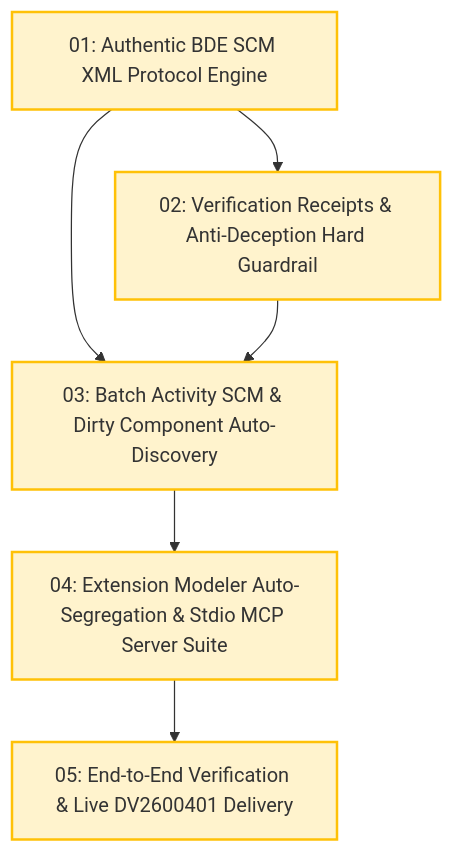
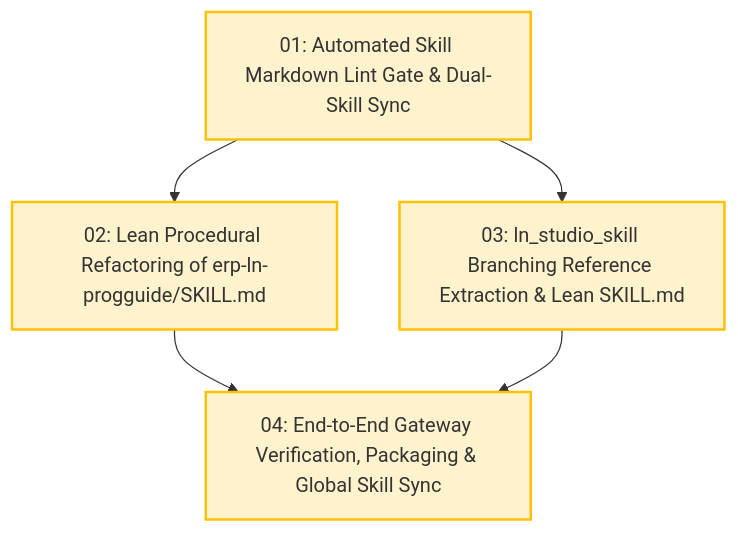
One commit to VerginEvil/Skill_LN changed the diagram in docs/plans/Tickets.md. Above: the diagram before and after it, drawn with Mermaid. The commit also changed other lines of this file and 4 other files, not shown here.

Commit message:
docs(plan): add ADR 0017, lean skill architecture spec, plan, and tickets

````diff
--- a/docs/plans/Tickets.md
+++ b/docs/plans/Tickets.md
@@ -12,17 +12,15 @@
 ```mermaid
 flowchart TD
-    T01["01: Authentic BDE SCM XML Protocol Engine"]
-    T02["02: Verification Receipts & Anti-Deception Hard Guardrail"]
-    T03["03: Batch Activity SCM & Dirty Component Auto-Discovery"]
-    T04["04: Extension Modeler Auto-Segregation & Stdio MCP Server Suite"]
-    T05["05: End-to-End Verification & Live DV2600401 Delivery"]
+    T01["01: Automated Skill Markdown Lint Gate & Dual-Skill Sync"]
+    T02["02: Lean Procedural Refactoring of erp-ln-progguide/SKILL.md"]
+    T03["03: ln_studio_skill Branching Reference Extraction & Lean SKILL.md"]
+    T04["04: End-to-End Gateway Verification, Packaging & Global Skill Sync"]
 
     T01 --> T02
     T01 --> T03
-    T02 --> T03
+    T02 --> T04
     T03 --> T04
-    T04 --> T05
 
     classDef ready fill:#fff3cd,stroke:#ffc107,stroke-width:2px;
-    class T01,T02,T03,T04,T05 ready;
+    class T01,T02,T03,T04 ready;
 ```
````
